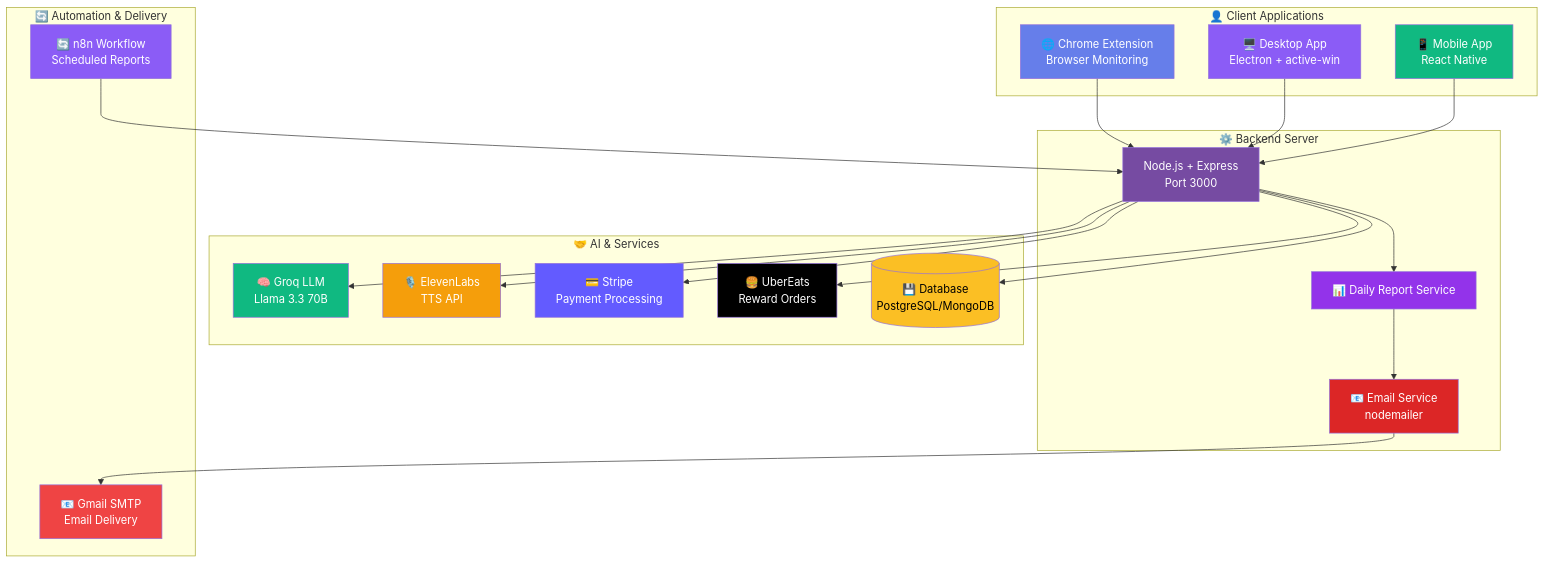
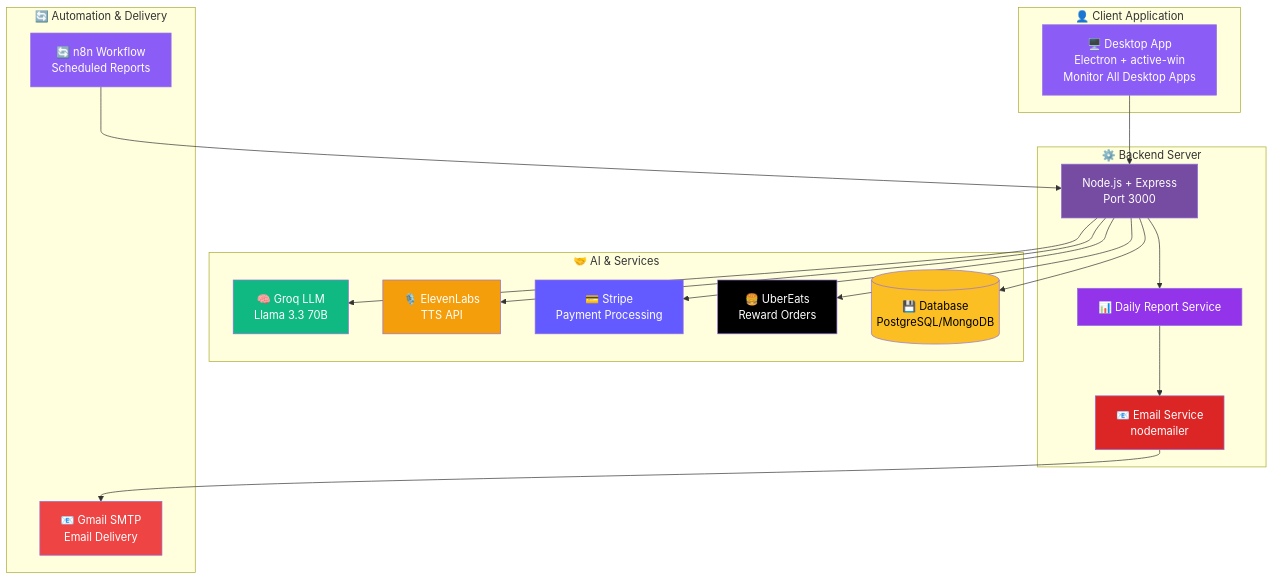
Before and after one commit to Jessi0803/Bad_Habit_Breaker: the first of 2 diagrams in README.md, drawn with Mermaid. The commit also changed other lines of this file, not shown here.

First line of the commit message:
🖥️ Focus on Desktop App only in architecture

````diff
--- a/README.md
+++ b/README.md
@@ -395,56 +395,50 @@
 ```mermaid
 graph TB
-    subgraph "👤 Client Applications"
-        CE[🌐 Chrome Extension<br/>Browser Monitoring]
-        DA[🖥️ Desktop App<br/>Electron + active-win]
-        MA[📱 Mobile App<br/>React Native]
+    subgraph "👤 Client Application"
+        DA[🖥️ Desktop App<br/>Electron + active-win<br/>Monitor All Desktop Apps]
     end
     
     subgraph "⚙️ Backend Server"
         Backend[Node.js + Express<br/>Port 3000]
         Report[📊 Daily Report Service]
         Email[📧 Email Service<br/>nodemailer]
     end
     
     subgraph "🤝 AI & Services"
         LLM[🧠 Groq LLM<br/>Llama 3.3 70B]
         TTS[🎙️ ElevenLabs<br/>TTS API]
         Stripe[💳 Stripe<br/>Payment Processing]
         Uber[🍔 UberEats<br/>Reward Orders]
         DB[(💾 Database<br/>PostgreSQL/MongoDB)]
     end
     
     subgraph "🔄 Automation & Delivery"
         n8n[🔄 n8n Workflow<br/>Scheduled Reports]
         Gmail[📧 Gmail SMTP<br/>Email Delivery]
     end
     
-    CE --> Backend
     DA --> Backend
-    MA --> Backend
     
     Backend --> LLM
     Backend --> TTS
     Backend --> Stripe
     Backend --> Uber
     Backend --> DB
     Backend --> Report
     Report --> Email
     
     n8n --> Backend
     Email --> Gmail
     
-    style CE fill:#667eea,color:#fff
     style DA fill:#8b5cf6,color:#fff
-    style MA fill:#10b981,color:#fff
     style Backend fill:#764ba2,color:#fff
     style LLM fill:#10b981,color:#fff
     style TTS fill:#f59e0b,color:#fff
     style Stripe fill:#635bff,color:#fff
     style Uber fill:#000,color:#fff
     style DB fill:#fbbf24,color:#000
     style n8n fill:#8b5cf6,color:#fff
     style Gmail fill:#ef4444,color:#fff
     style Report fill:#9333ea,color:#fff
     style Email fill:#dc2626,color:#fff
 ```
````
